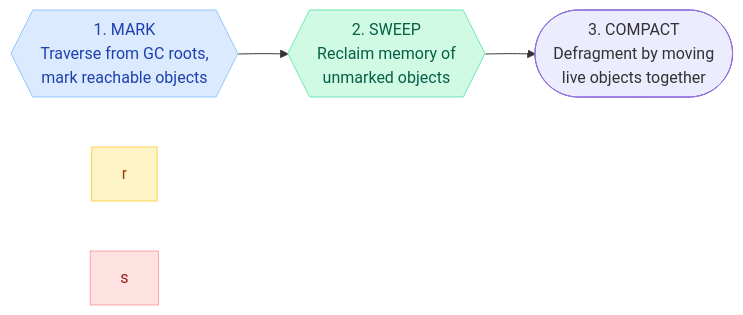
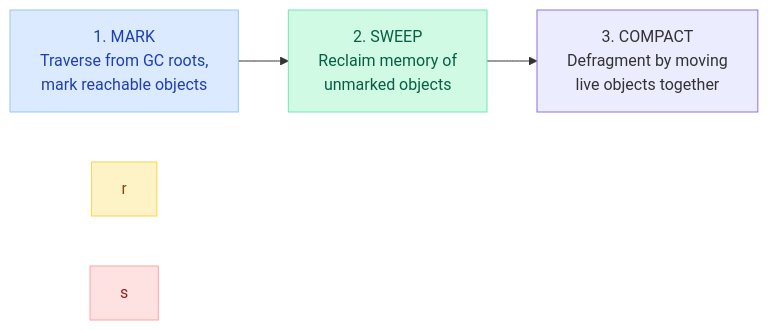
One commit to saivamsikaruturi/vamsilabs-dev-notes-main changed the second of 22 diagrams in docs/java/GarbageCollection.md. Above: the diagram before and after it, drawn with Mermaid. The commit also changed other lines of this file and 3 other files, not shown here.

````diff
--- a/docs/java/GarbageCollection.md
+++ b/docs/java/GarbageCollection.md
@@ -133,10 +107,10 @@
 ```mermaid
 flowchart LR
-    A{{"1. MARK<br/>Traverse from GC roots,<br/>mark reachable objects"}} --> B{{"2. SWEEP<br/>Reclaim memory of<br/>unmarked objects"}}
-    B --> C(["3. COMPACT<br/>Defragment by moving<br/>live objects together"])
+    A["1. MARK<br/>Traverse from GC roots,<br/>mark reachable objects"] --> B["2. SWEEP<br/>Reclaim memory of<br/>unmarked objects"]
+    B --> C["3. COMPACT<br/>Defragment by moving<br/>live objects together"]
 
     style A fill:#DBEAFE,stroke:#93C5FD,color:#1E40AF
     style B fill:#D1FAE5,stroke:#6EE7B7,color:#065F46
     style r fill:#FEF3C7,stroke:#FCD34D,color:#92400E
     style s fill:#FEE2E2,stroke:#FCA5A5,color:#991B1B
 ```
````
